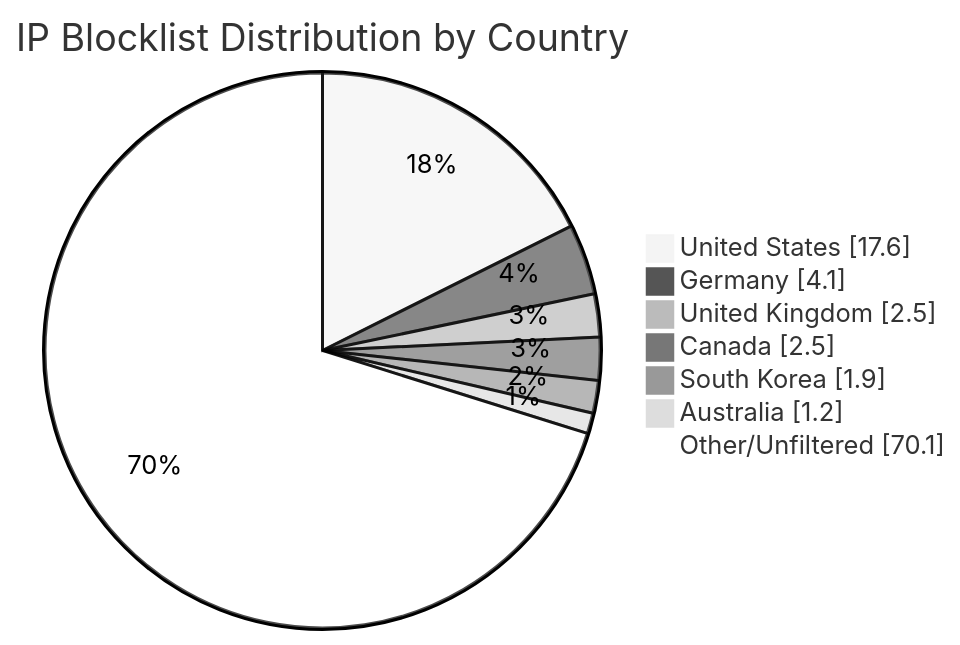
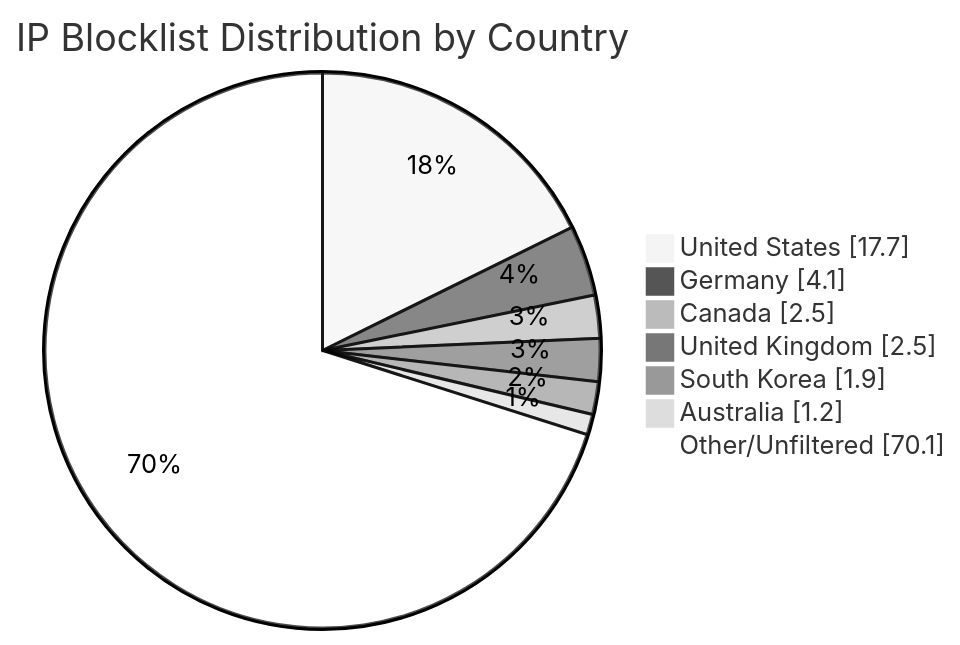
The diagram in README.md (MarcusHoltz/ipblocklist-geofiltered-aggregator), drawn with Mermaid (neutral theme) before and after one commit. The commit also changed other lines of this file and 9 other files, not shown here.

````diff
--- a/README.md
+++ b/README.md
@@ -34,10 +34,10 @@
 ```mermaid
 pie showData title IP Blocklist Distribution by Country
-"United States" : 17.6
+"United States" : 17.7
 "Germany" : 4.1
+"Canada" : 2.5
 "United Kingdom" : 2.5
-"Canada" : 2.5
 "South Korea" : 1.9
 "Australia" : 1.2
 "Other/Unfiltered" : 70.1
 ```
````
